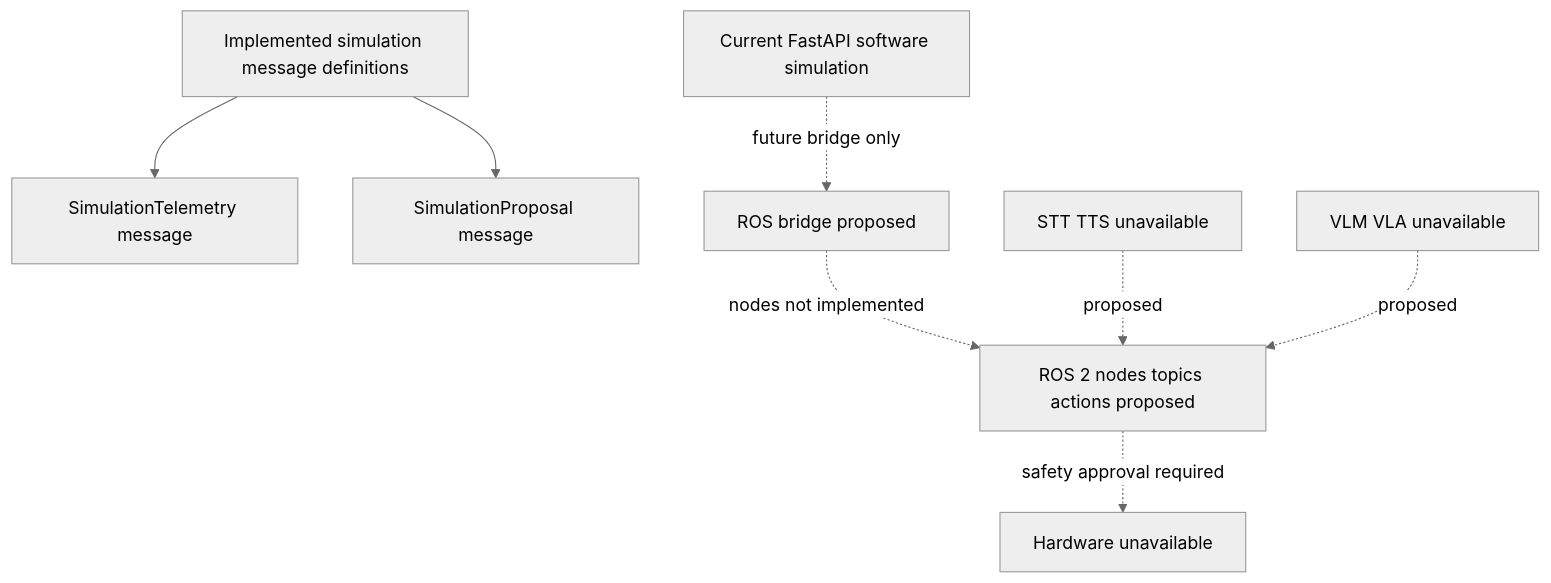
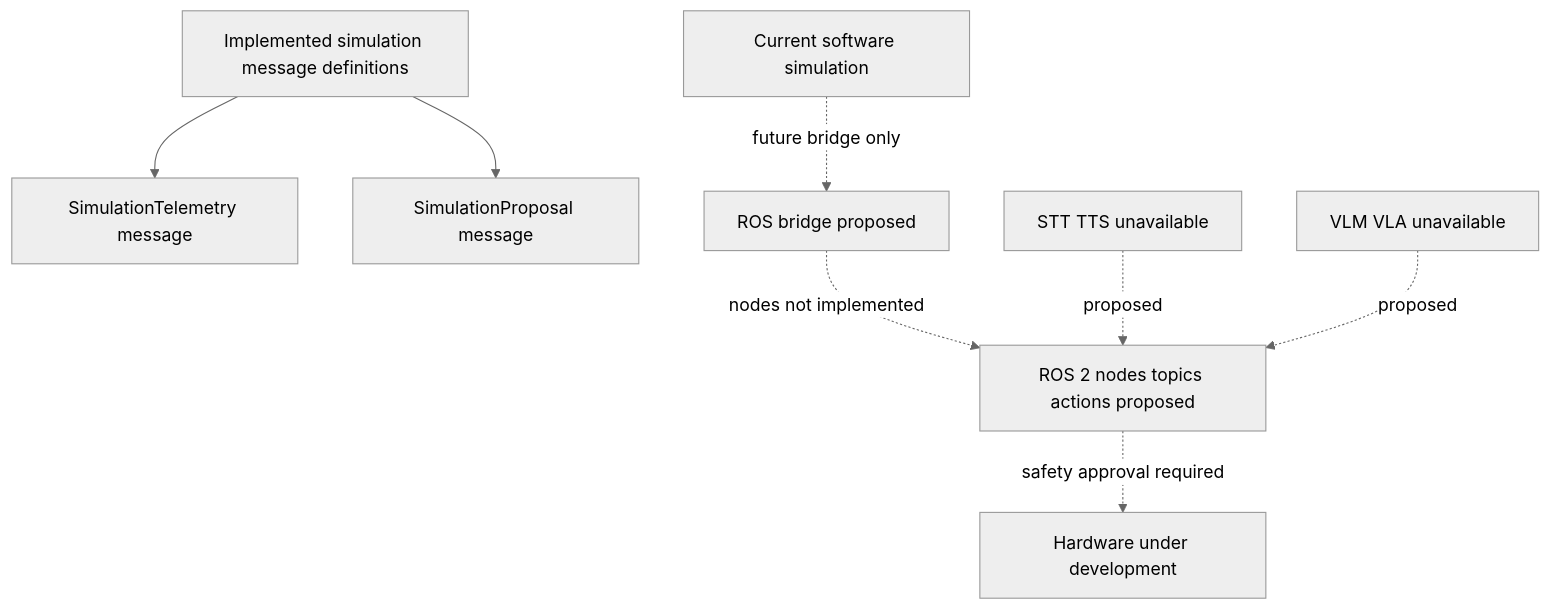
One commit to DruHustle/onesa-ai-platform changed the diagram in docs/diagrams/public-ros2.mmd. Above: the diagram before and after it, drawn with Mermaid (neutral theme). The commit also changed 12 other files, not shown here.

```diff
--- a/docs/diagrams/public-ros2.mmd
+++ b/docs/diagrams/public-ros2.mmd
@@ -1,8 +1,8 @@
 flowchart TB
 Definitions[Implemented simulation message definitions] --> Telemetry[SimulationTelemetry message]
 Definitions --> Proposal[SimulationProposal message]
-Sim[Current FastAPI software simulation] -. future bridge only .-> Bridge[ROS bridge proposed]
+Sim[Current software simulation] -. future bridge only .-> Bridge[ROS bridge proposed]
 Bridge -. nodes not implemented .-> ROS[ROS 2 nodes topics actions proposed]
-ROS -. safety approval required .-> Hardware[Hardware unavailable]
+ROS -. safety approval required .-> Hardware[Hardware under development]
 Audio[STT TTS unavailable] -. proposed .-> ROS
 Vision[VLM VLA unavailable] -. proposed .-> ROS
```
